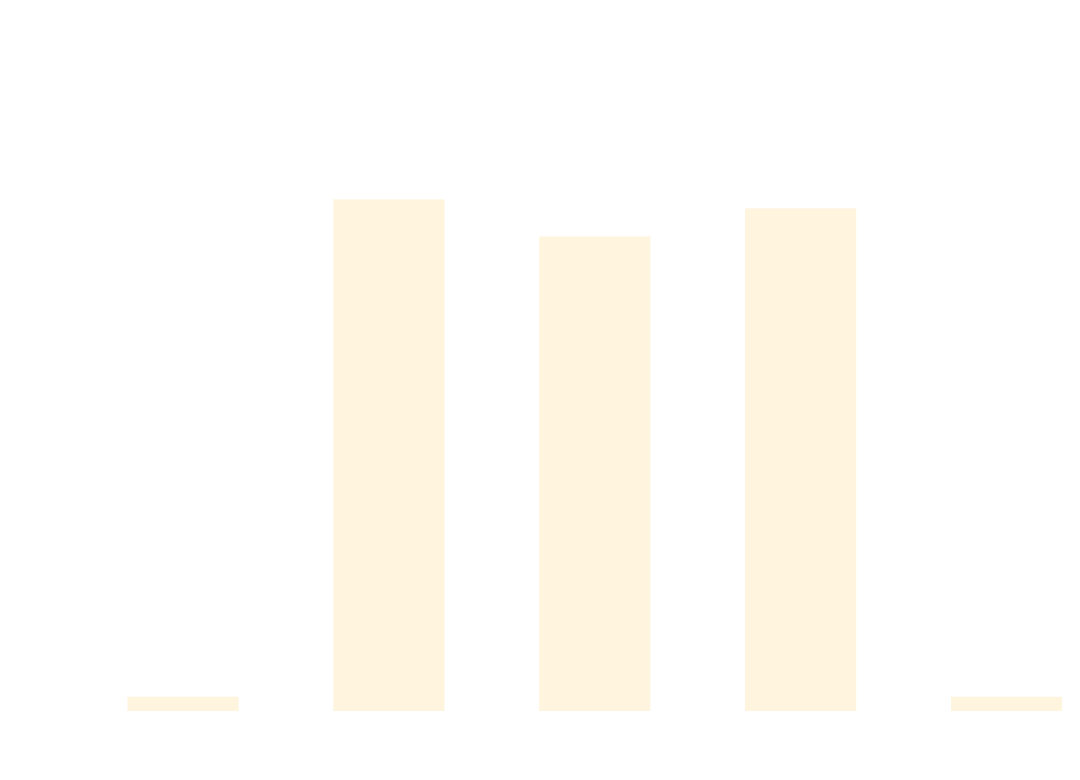
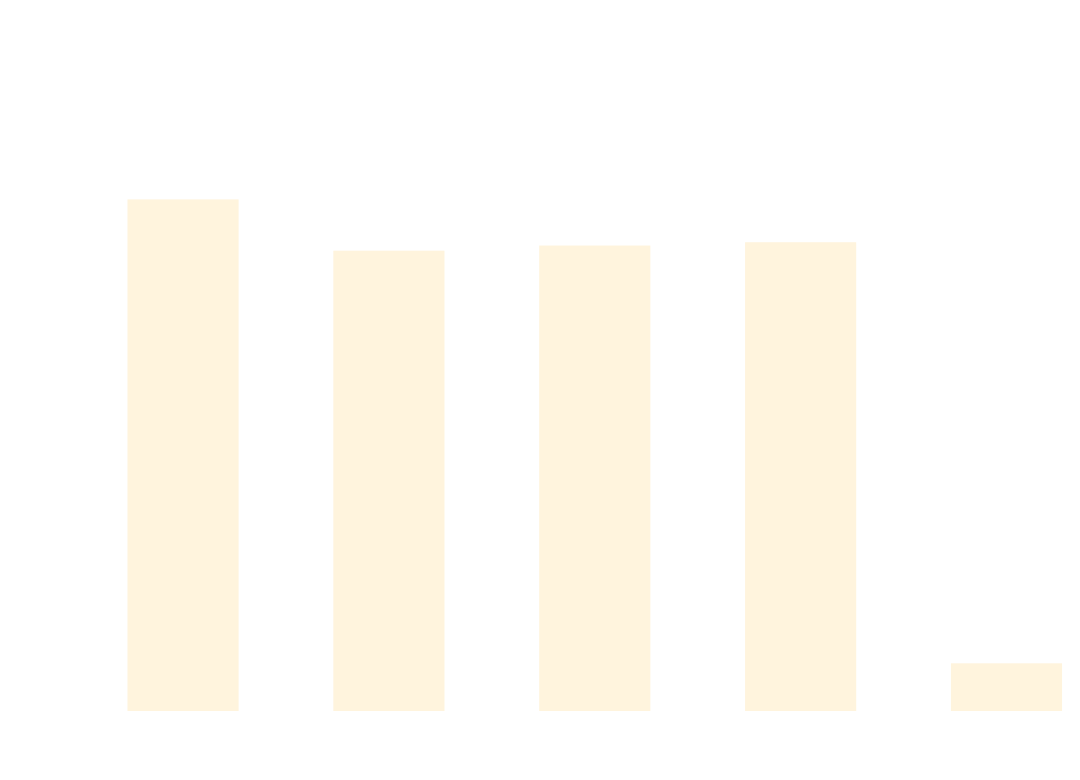
The diagram in docs/docs/benchmarks/ScaleTests.md (thomhurst/TUnit), drawn with Mermaid before and after one commit. The commit also changed other lines of this file and 16 other files, not shown here.

````diff
--- a/docs/docs/benchmarks/ScaleTests.md
+++ b/docs/docs/benchmarks/ScaleTests.md
@@ -27,37 +27,37 @@
 ```mermaid
 %%{init: {
   'theme':'base',
   'themeVariables': {
     'primaryColor': '#2563eb',
     'primaryTextColor': '#ffffff',
     'primaryBorderColor': '#1e40af',
     'lineColor': '#6b7280',
     'secondaryColor': '#7c3aed',
     'tertiaryColor': '#dc2626',
     'background': '#ffffff',
     'mainBkg': '#2563eb',
     'secondBkg': '#7c3aed',
     'tertiaryBkg': '#dc2626',
     'clusterBkg': '#f3f4f6',
     'edgeLabelBackground': '#ffffff',
     'tertiaryTextColor': '#1f2937',
     'pie1': '#2563eb',
     'pie2': '#7c3aed',
     'pie3': '#dc2626',
     'pie4': '#f59e0b',
     'pie5': '#10b981',
     'pie6': '#06b6d4',
     'pie7': '#ec4899',
     'pie8': '#6366f1',
     'pie9': '#84cc16',
     'pie10': '#f97316',
     'pie11': '#14b8a6',
     'pie12': '#a855f7'
   }
 }}%%
 xychart-beta
   title "ScaleTests Performance Comparison"
   x-axis ["TUnit", "NUnit", "MSTest", "xUnit3", "TUnit_AOT"]
-  y-axis "Time (ms)" 0 --> 703
-  bar [0, 585.6, 542, 575.1, 0]
+  y-axis "Time (ms)" 0 --> 835
+  bar [695.64, 623.92, 631.11, 635.72, 46.76]
 ```
````
